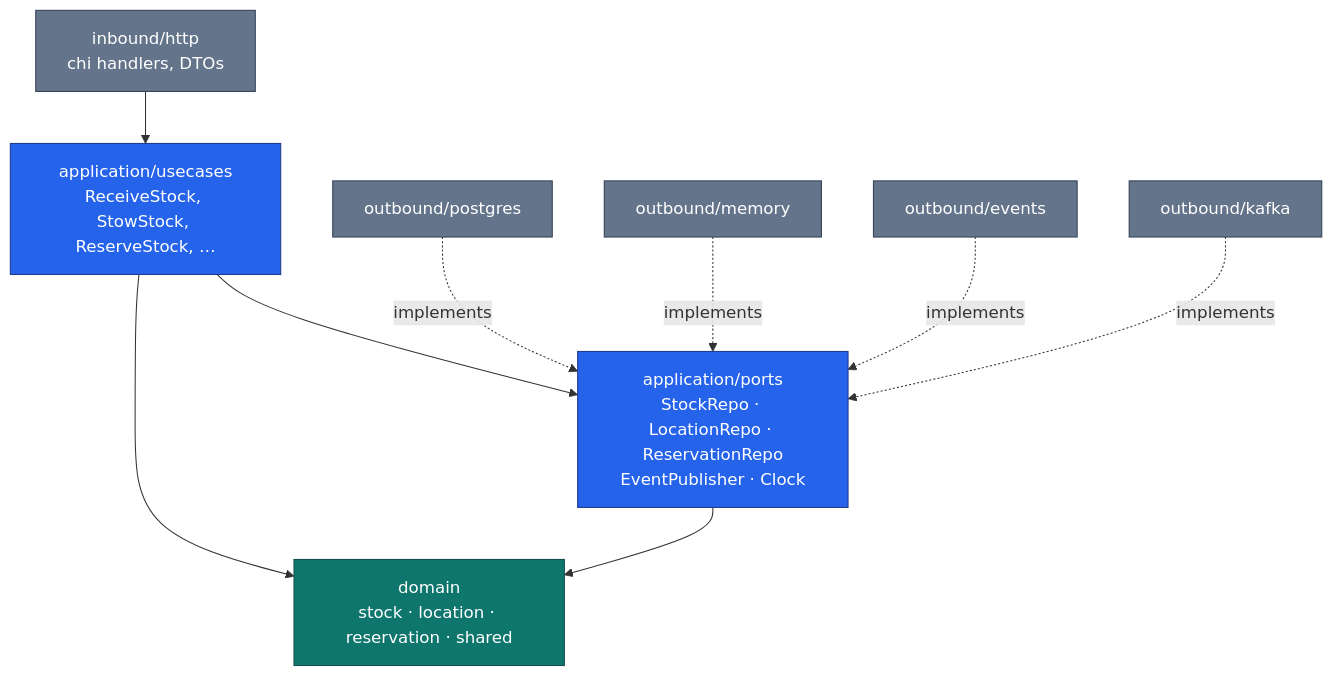
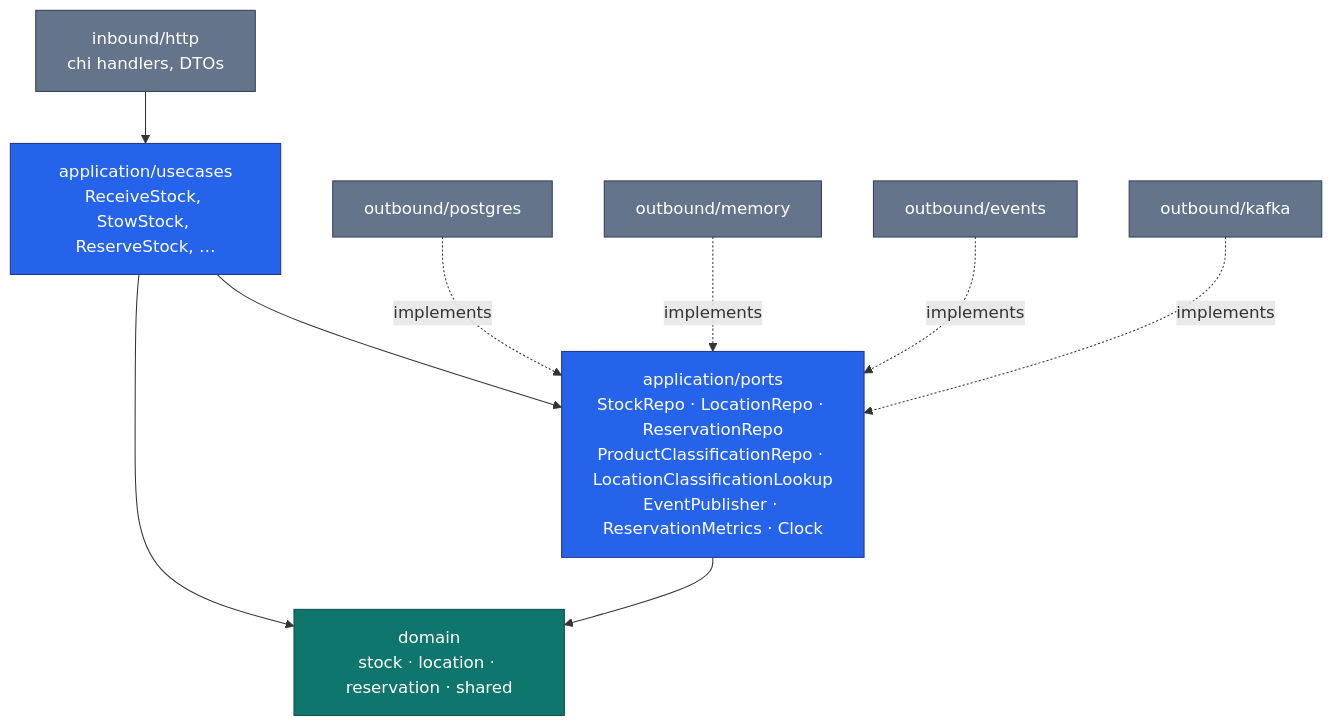
The diagram in docs/docs/overview/architecture.md (claudioed/inventory-storage), drawn with Mermaid before and after one commit. The commit also changed other lines of this file and 18 other files, not shown here.

````diff
--- a/docs/docs/overview/architecture.md
+++ b/docs/docs/overview/architecture.md
@@ -46,27 +58,27 @@
 ```mermaid
 flowchart TB
   HTTP["inbound/http<br/>chi handlers, DTOs"]
   UC["application/usecases<br/>ReceiveStock, StowStock, ReserveStock, …"]
-  P["application/ports<br/>StockRepo · LocationRepo · ReservationRepo<br/>EventPublisher · Clock"]
+  P["application/ports<br/>StockRepo · LocationRepo · ReservationRepo<br/>ProductClassificationRepo · LocationClassificationLookup<br/>EventPublisher · ReservationMetrics · Clock"]
   D["domain<br/>stock · location · reservation · shared"]
   PG["outbound/postgres"]
   MEM["outbound/memory"]
   EV["outbound/events"]
   KAF["outbound/kafka"]
 
   HTTP --> UC
   UC --> P
   UC --> D
   P --> D
   PG -.implements.-> P
   MEM -.implements.-> P
   EV -.implements.-> P
   KAF -.implements.-> P
 
   classDef dom fill:#0f766e,stroke:#134e4a,color:#fff;
   classDef app fill:#2563eb,stroke:#1e3a8a,color:#fff;
   classDef adp fill:#64748b,stroke:#334155,color:#fff;
   class D dom;
   class UC,P app;
   class HTTP,PG,MEM,EV,KAF adp;
 ```
````
